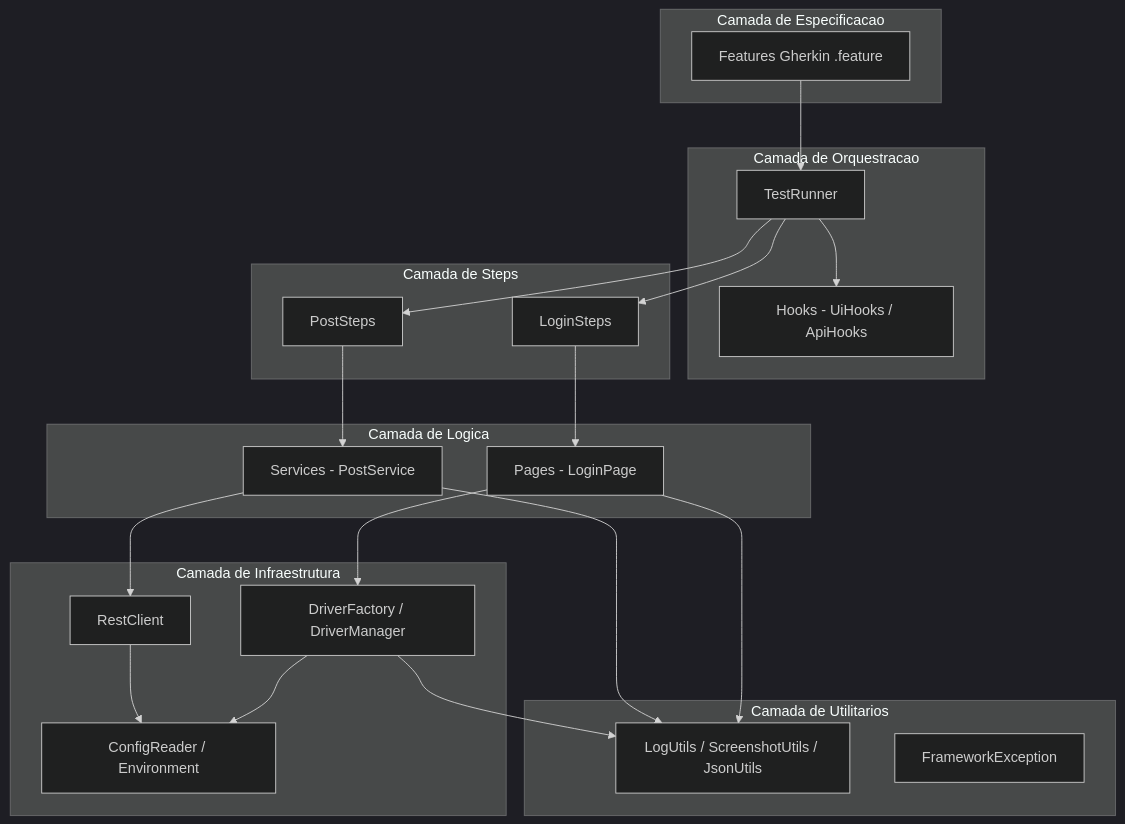
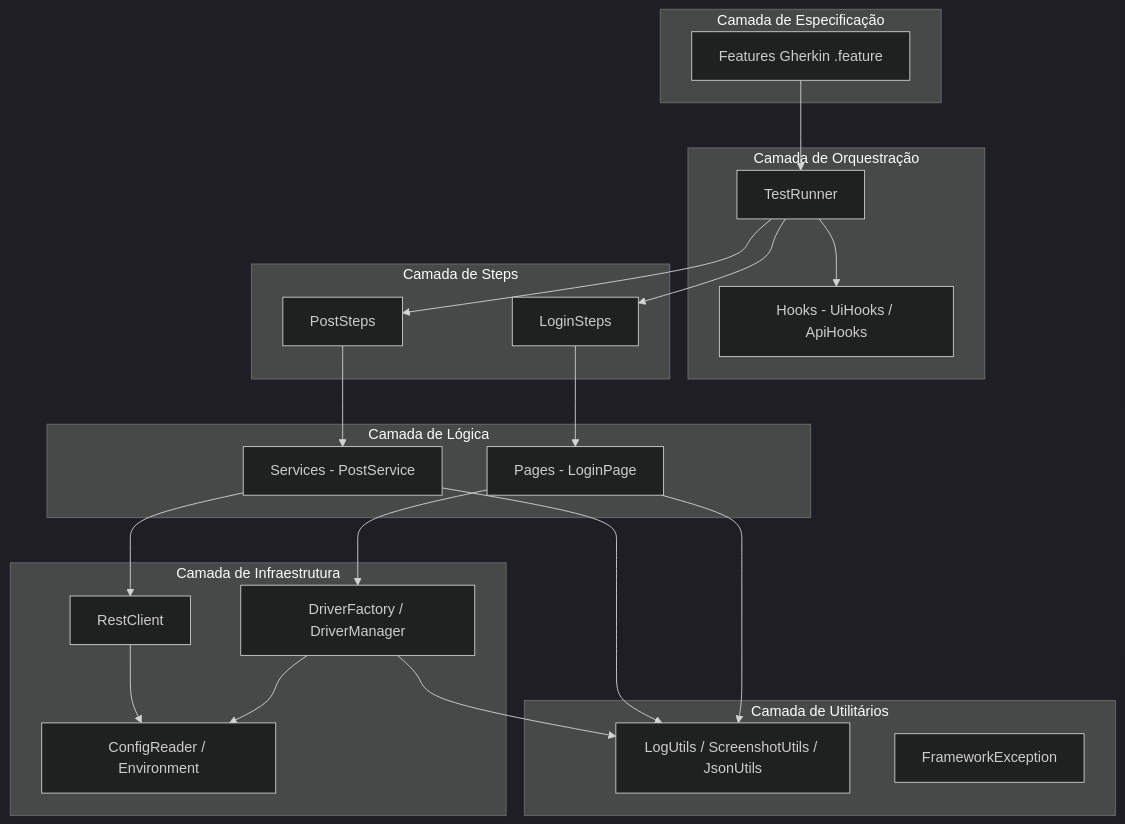
One commit to aline-nory/selenium-cucumber-cicd-kiro changed the first of 4 diagrams in DOCUMENTATION.md. Above: the diagram before and after it, drawn with Mermaid (dark theme). The commit also changed other lines of this file and 5 other files, not shown here.

````diff
--- a/DOCUMENTATION.md
+++ b/DOCUMENTATION.md
@@ -199,46 +199,46 @@
 ```mermaid
 graph TB
-    subgraph "Camada de Especificacao"
+    subgraph "Camada de Especificação"
         A[Features Gherkin .feature]
     end
 
-    subgraph "Camada de Orquestracao"
+    subgraph "Camada de Orquestração"
         B[TestRunner]
         C[Hooks - UiHooks / ApiHooks]
     end
 
     subgraph "Camada de Steps"
         D[LoginSteps]
         E[PostSteps]
     end
 
-    subgraph "Camada de Logica"
+    subgraph "Camada de Lógica"
         F[Pages - LoginPage]
         G[Services - PostService]
     end
 
     subgraph "Camada de Infraestrutura"
         H[DriverFactory / DriverManager]
         I[RestClient]
         J[ConfigReader / Environment]
     end
 
-    subgraph "Camada de Utilitarios"
+    subgraph "Camada de Utilitários"
         K[LogUtils / ScreenshotUtils / JsonUtils]
         L[FrameworkException]
     end
 
     A --> B
     B --> C
     B --> D
     B --> E
     D --> F
     E --> G
     F --> H
     G --> I
     H --> J
     I --> J
     F --> K
     G --> K
     H --> K
 ```
````
